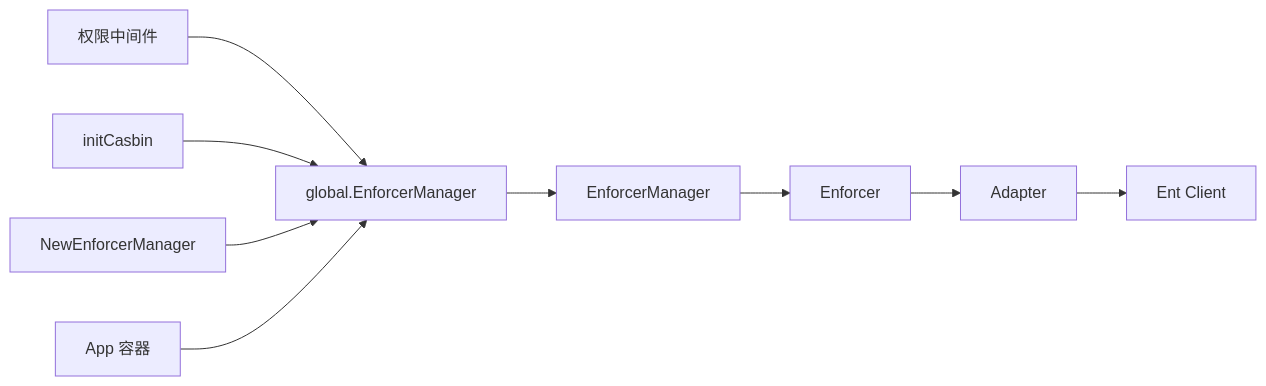
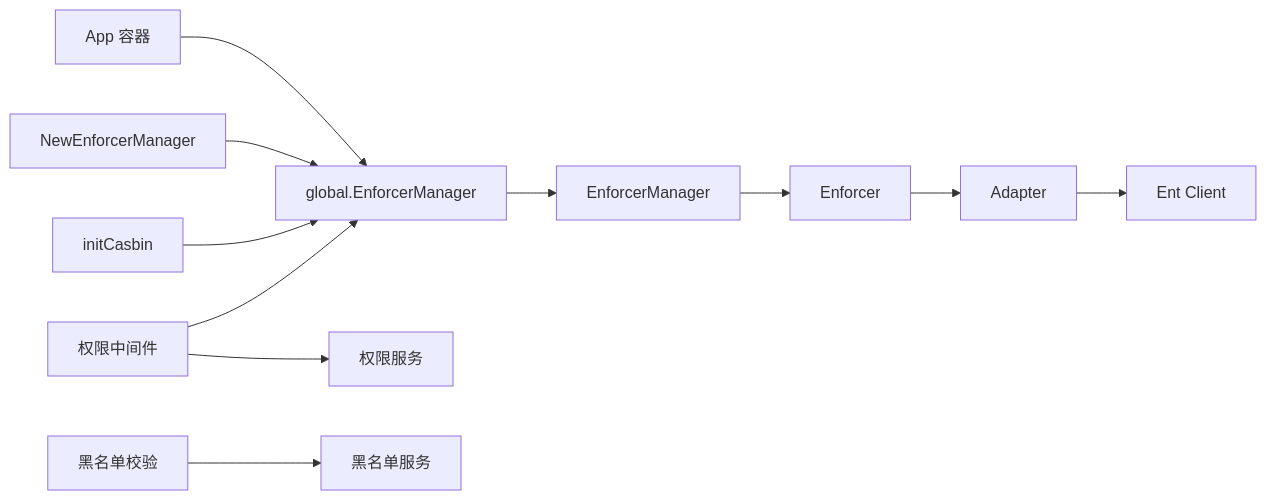
One commit to wuwuseo/e-sports-go-admin changed the eighth of 8 diagrams in .qoder/repowiki/zh/content/中间件系统/权限验证中间件.md. Above: the diagram before and after it, drawn with Mermaid. The commit also changed other lines of this file and 42 other files, not shown here.

````diff
--- a/.qoder/repowiki/zh/content/中间件系统/权限验证中间件.md
+++ b/.qoder/repowiki/zh/content/中间件系统/权限验证中间件.md
@@ -322,11 +379,13 @@
 ```mermaid
 graph LR
 MW["权限中间件"] --> GM["global.EnforcerManager"]
+MW --> PS["权限服务"]
+BLCK["黑名单校验"] --> BS["黑名单服务"]
 GM --> EM["EnforcerManager"]
 EM --> ENF["Enforcer"]
 ENF --> ADP["Adapter"]
 ADP --> ENT["Ent Client"]
 INIT["initCasbin"] --> GM
 PROVIDER["NewEnforcerManager"] --> GM
 APP["App 容器"] --> GM
 ```
````
